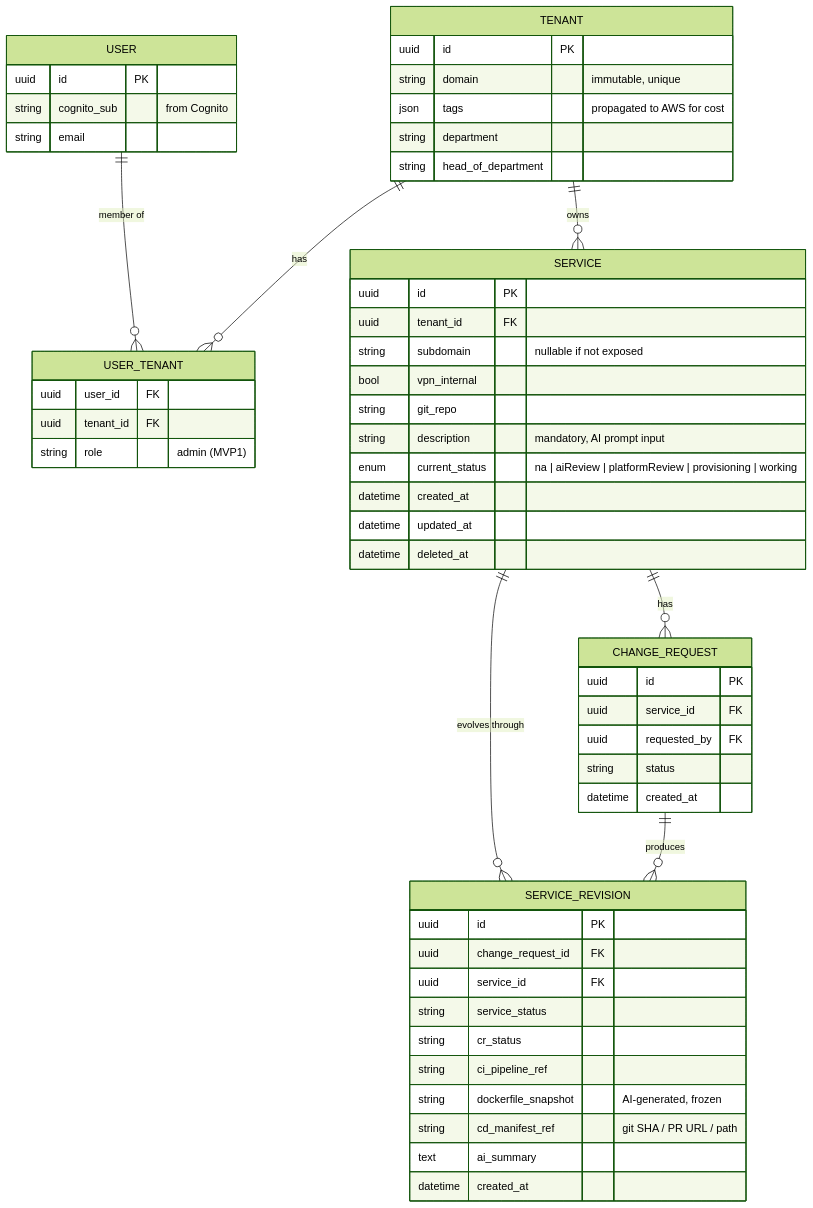
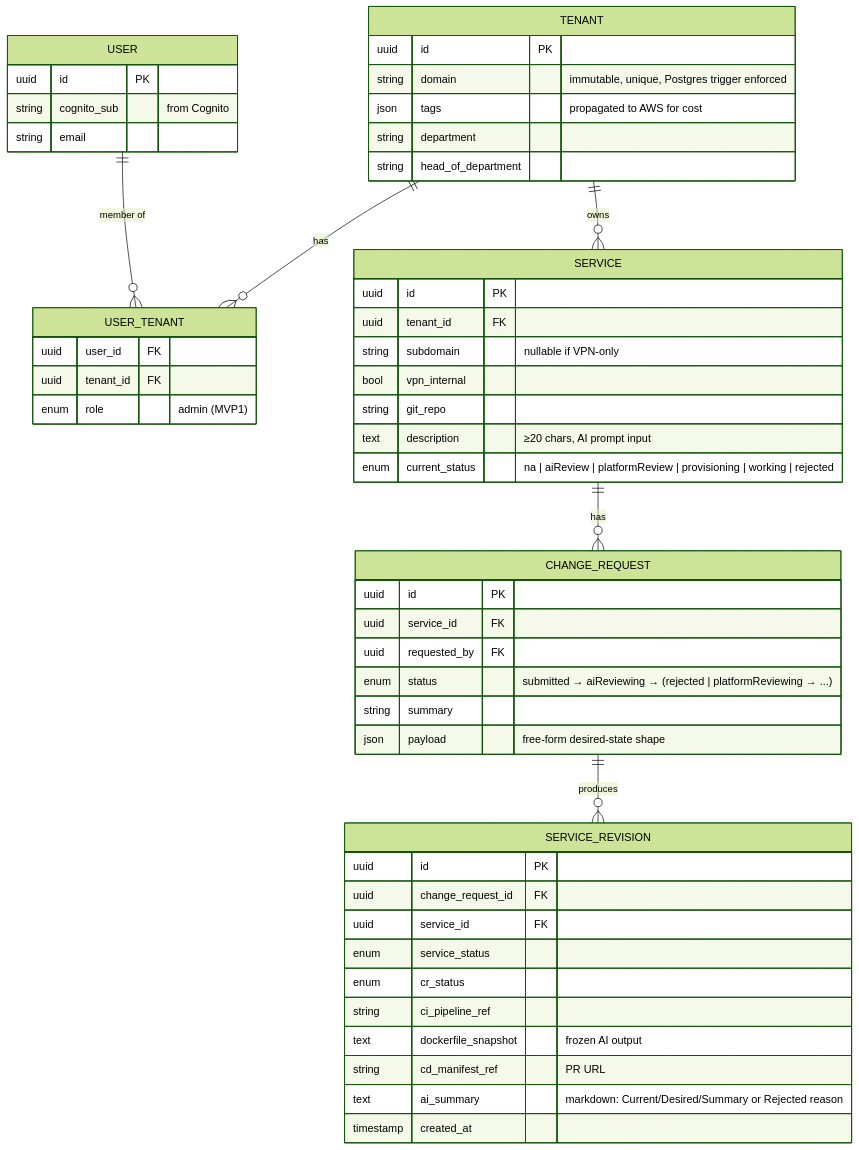
Before and after one commit to nguyenhoangnam123/alice-ssp: the third of 4 diagrams in docs/architecture.md, drawn with Mermaid (forest theme). The commit also changed other lines of this file, not shown here.

Commit message:
docs/architecture.md: write the new content (previous commit missed the diff)

````diff
--- a/docs/architecture.md
+++ b/docs/architecture.md
@@ -101,58 +118,55 @@
 ```mermaid
 erDiagram
     TENANT ||--o{ USER_TENANT : "has"
-    USER  ||--o{ USER_TENANT : "member of"
+    USER ||--o{ USER_TENANT : "member of"
     TENANT ||--o{ SERVICE : "owns"
     SERVICE ||--o{ CHANGE_REQUEST : "has"
     CHANGE_REQUEST ||--o{ SERVICE_REVISION : "produces"
-    SERVICE ||--o{ SERVICE_REVISION : "evolves through"
 
     TENANT {
         uuid id PK
-        string domain "immutable, unique"
+        string domain "immutable, unique, Postgres trigger enforced"
         json tags "propagated to AWS for cost"
         string department
         string head_of_department
-    }
-    USER_TENANT {
-        uuid user_id FK
-        uuid tenant_id FK
-        string role "admin (MVP1)"
     }
     USER {
         uuid id PK
         string cognito_sub "from Cognito"
         string email
     }
+    USER_TENANT {
+        uuid user_id FK
+        uuid tenant_id FK
+        enum role "admin (MVP1)"
+    }
     SERVICE {
         uuid id PK
         uuid tenant_id FK
-        string subdomain "nullable if not exposed"
+        string subdomain "nullable if VPN-only"
         bool vpn_internal
         string git_repo
-        string description "mandatory, AI prompt input"
-        enum current_status "na | aiReview | platformReview | provisioning | working"
-        datetime created_at
-        datetime updated_at
-        datetime deleted_at
+        text description "≥20 chars, AI prompt input"
+        enum current_status "na | aiReview | platformReview | provisioning | working | rejected"
     }
     CHANGE_REQUEST {
         uuid id PK
         uuid service_id FK
         uuid requested_by FK
-        string status
-        datetime created_at
+        enum status "submitted → aiReviewing → (rejected | platformReviewing → ...)"
+        string summary
+        json payload "free-form desired-state shape"
     }
     SERVICE_REVISION {
         uuid id PK
         uuid change_request_id FK
         uuid service_id FK
-        string service_status
-        string cr_status
+        enum service_status
+        enum cr_status
         string ci_pipeline_ref
-        string dockerfile_snapshot "AI-generated, frozen"
-        string cd_manifest_ref "git SHA / PR URL / path"
-        text ai_summary
-        datetime created_at
+        text dockerfile_snapshot "frozen AI output"
+        string cd_manifest_ref "PR URL"
+        text ai_summary "markdown: Current/Desired/Summary or Rejected reason"
+        timestamp created_at
     }
 ```
````
